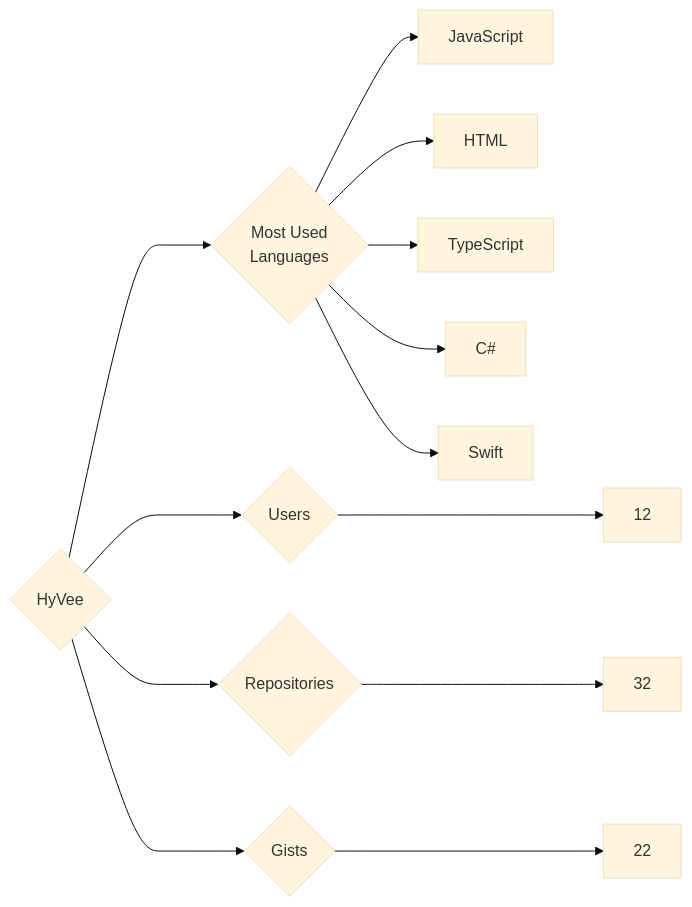
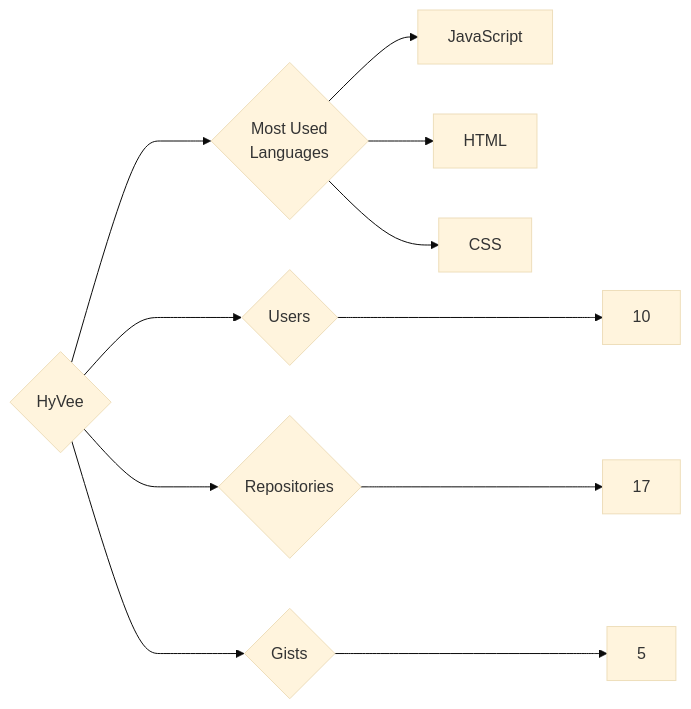
Before and after one commit to trickest/insiders: the diagram in targets/HyVee/README.md, drawn with Mermaid (base theme). The commit also changed 629 other files, not shown here.

````diff
--- a/targets/HyVee/README.md
+++ b/targets/HyVee/README.md
@@ -3,13 +3,11 @@
 ```mermaid
 graph LR
 COMPANY_NAME{HyVee}
-COMPANY_NAME ---> U{Users} ---> UN[12]
-COMPANY_NAME ---> R{Repositories} ---> RN[32]
-COMPANY_NAME ---> G{Gists} ---> GN[22]
+COMPANY_NAME ---> U{Users} ---> UN[10]
+COMPANY_NAME ---> R{Repositories} ---> RN[17]
+COMPANY_NAME ---> G{Gists} ---> GN[5]
 COMPANY_NAME ---> ML{Most Used<br>Languages}
 ML --> JavaScript[JavaScript]
 ML --> HTML[HTML]
-ML --> TypeScript[TypeScript]
-ML --> C#[C#]
-ML --> Swift[Swift]
+ML --> CSS[CSS]
 ```
````
